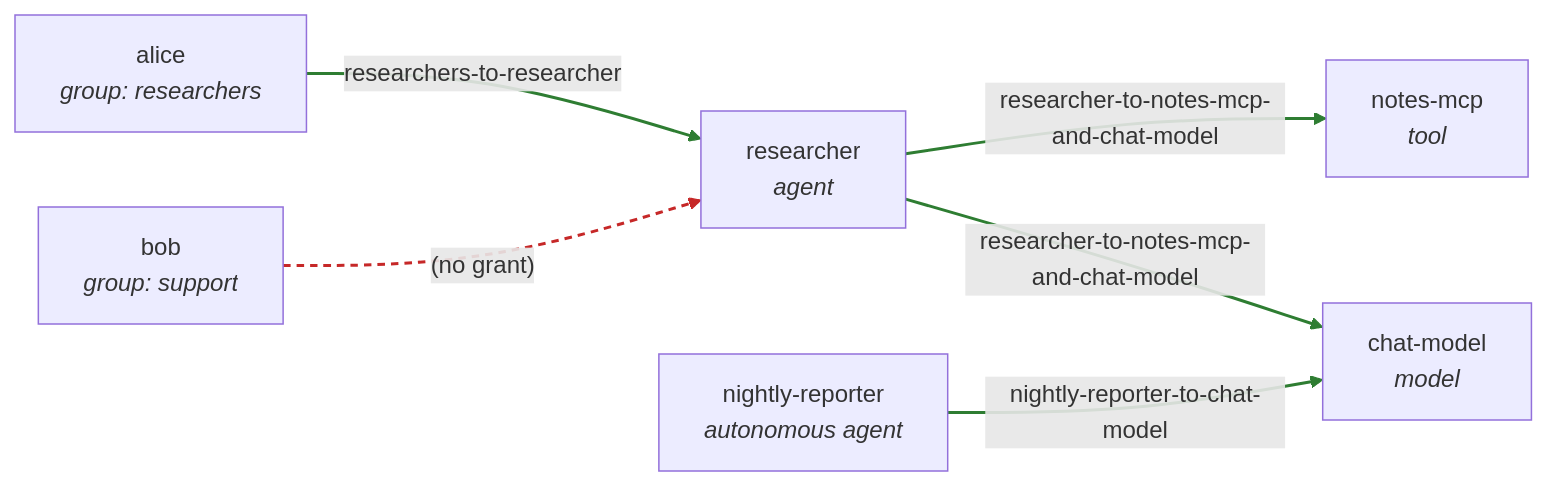
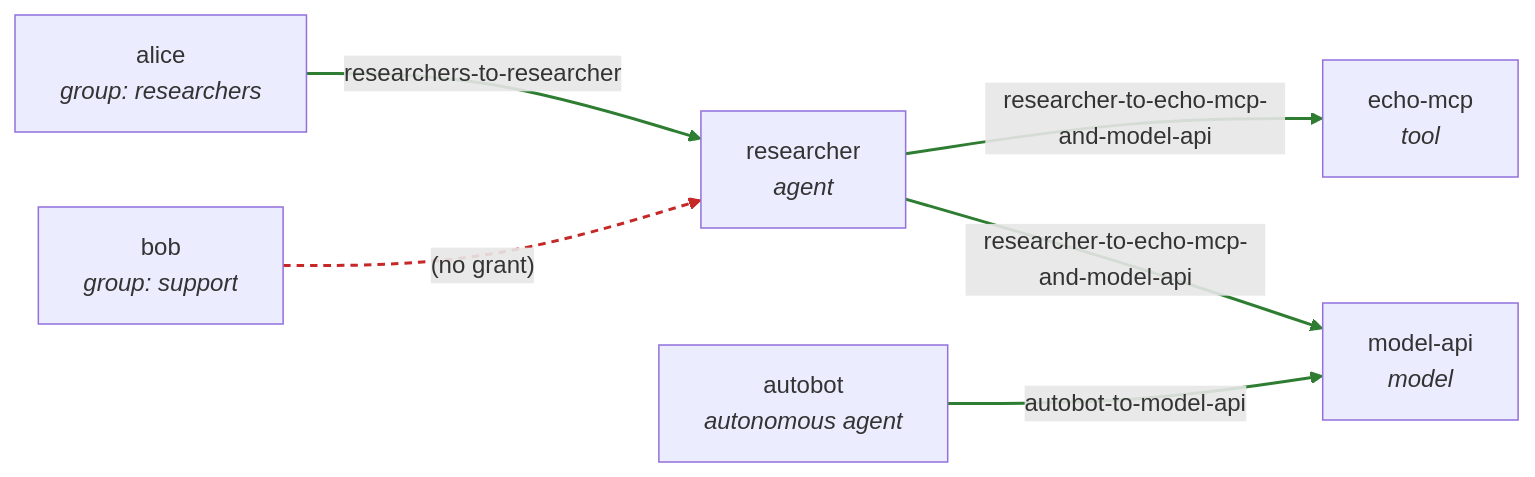
Before and after one commit to axsaucedo/kaos: the fourth of 12 diagrams in docs/examples/authorization-draft.md, drawn with Mermaid. The commit also changed other lines of this file and 4 other files, not shown here.

Commit message:
feat(samples): replace access-grant sample with authorization walkthrough (echo-mcp, autobot, model-api)

````diff
--- a/docs/examples/authorization-draft.md
+++ b/docs/examples/authorization-draft.md
@@ -395,21 +395,21 @@
 ```mermaid
 flowchart LR
   alice["alice<br/><i>group: researchers</i>"]
   bob["bob<br/><i>group: support</i>"]
   RES["researcher<br/><i>agent</i>"]
-  NR["nightly-reporter<br/><i>autonomous agent</i>"]
-  MCP["notes-mcp<br/><i>tool</i>"]
-  MODEL["chat-model<br/><i>model</i>"]
+  NR["autobot<br/><i>autonomous agent</i>"]
+  MCP["echo-mcp<br/><i>tool</i>"]
+  MODEL["model-api<br/><i>model</i>"]
 
   alice -->|"researchers-to-researcher"| RES
   bob -->|"(no grant)"| RES
-  RES -->|"researcher-to-notes-mcp-and-chat-model"| MCP
-  RES -->|"researcher-to-notes-mcp-and-chat-model"| MODEL
-  NR -->|"nightly-reporter-to-chat-model"| MODEL
+  RES -->|"researcher-to-echo-mcp-and-model-api"| MCP
+  RES -->|"researcher-to-echo-mcp-and-model-api"| MODEL
+  NR -->|"autobot-to-model-api"| MODEL
 
   linkStyle 0 stroke:#2e7d32,stroke-width:2px
   linkStyle 1 stroke:#c62828,stroke-width:2px,stroke-dasharray:5 4
   linkStyle 2 stroke:#2e7d32,stroke-width:2px
   linkStyle 3 stroke:#2e7d32,stroke-width:2px
   linkStyle 4 stroke:#2e7d32,stroke-width:2px
 ```
````
